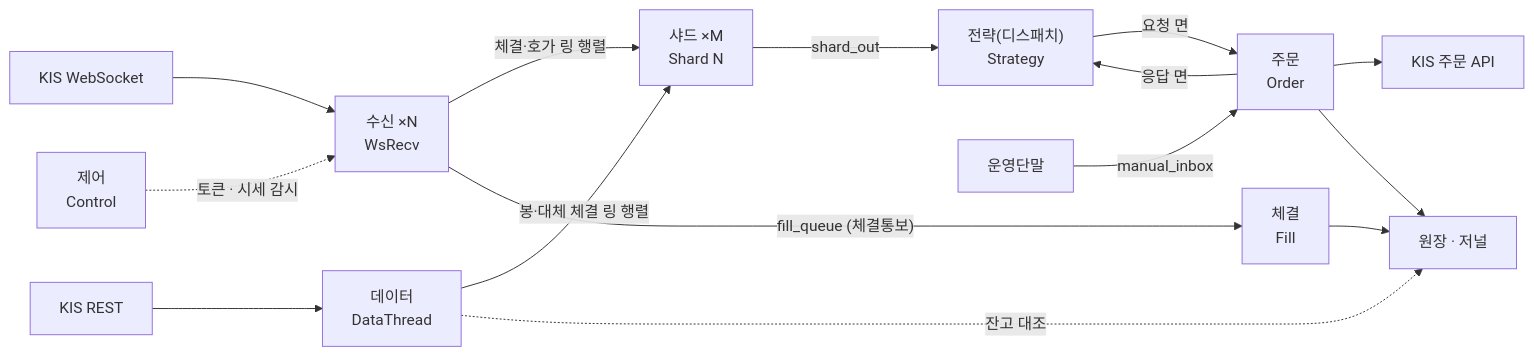
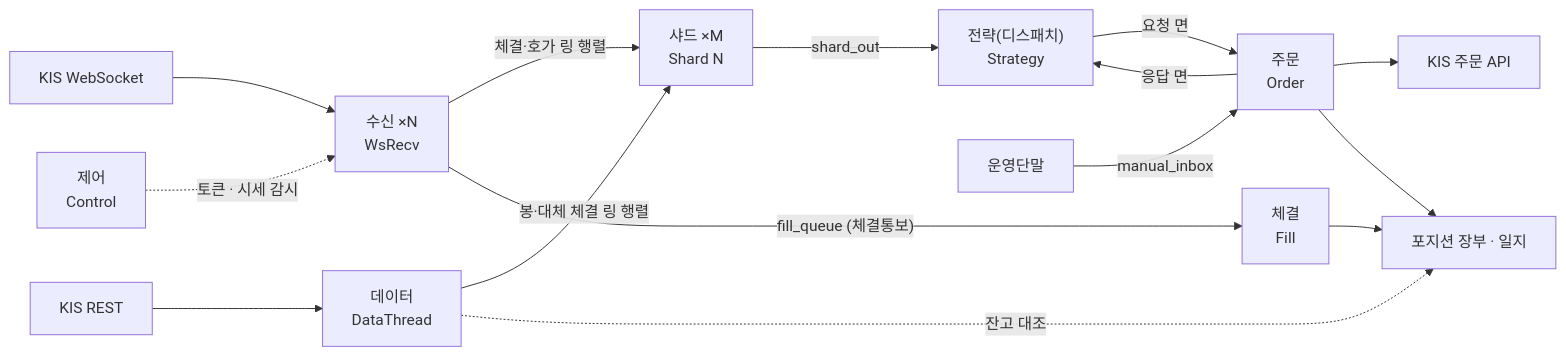
One commit to pypy8171/Quant changed the first of 2 diagrams in docs/ENGINE_ARCHITECTURE.md. Above: the diagram before and after it, drawn with Mermaid. The commit also changed other lines of this file and 1 other file, not shown here.

First line of the commit message:
docs(구조): 엔진 내부 원장을 포지션 장부로 부르고 재기동 순서를 바로잡는다

````diff
--- a/docs/ENGINE_ARCHITECTURE.md
+++ b/docs/ENGINE_ARCHITECTURE.md
@@ -18,17 +20,17 @@
 ```mermaid
 flowchart LR
     WS["KIS WebSocket"] --> RECV["수신 ×N<br/>WsRecv"]
     REST["KIS REST"] --> DATA["데이터<br/>DataThread"]
     RECV -- "체결·호가 링 행렬" --> SHARD["샤드 ×M<br/>Shard N"]
     DATA -- "봉·대체 체결 링 행렬" --> SHARD
     SHARD -- "shard_out" --> STRAT["전략(디스패치)<br/>Strategy"]
     STRAT -- "요청 면" --> ORDER["주문<br/>Order"]
     ORDER -- "응답 면" --> STRAT
     ORDER --> KISO["KIS 주문 API"]
     OPS["운영단말"] -- "manual_inbox" --> ORDER
     RECV -- "fill_queue (체결통보)" --> FILL["체결<br/>Fill"]
-    FILL --> LEDGER["원장 · 저널"]
+    FILL --> LEDGER["포지션 장부 · 일지"]
     ORDER --> LEDGER
     DATA -. "잔고 대조" .-> LEDGER
     CTRL["제어<br/>Control"] -. "토큰 · 시세 감시" .-> RECV
 ```
````
